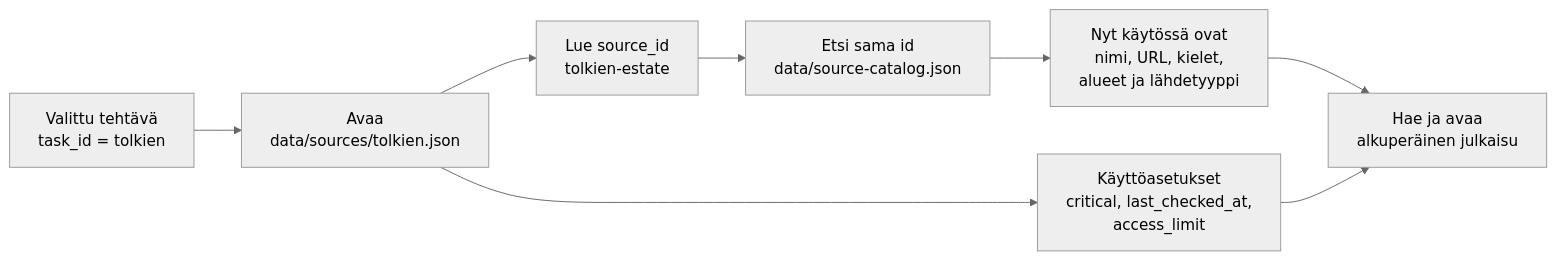
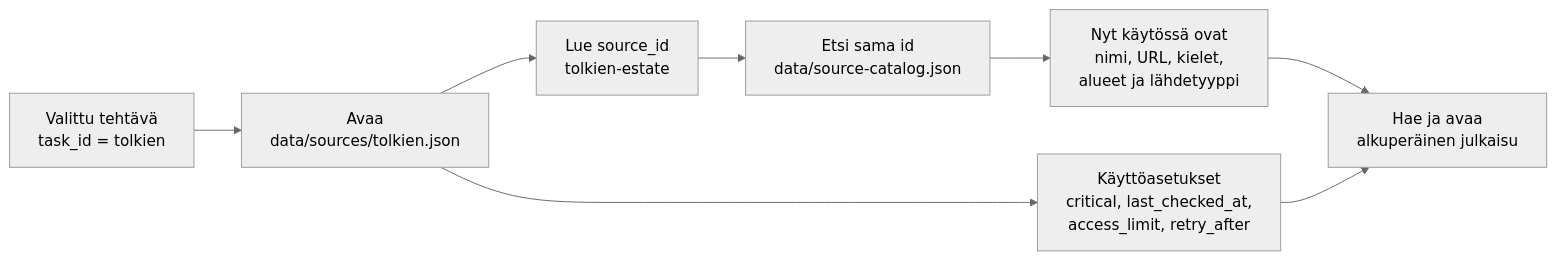
The second of 6 diagrams in docs/tietomallit-ja-prosessit.md (mikknikk/aiheseurain), drawn with Mermaid (neutral theme) before and after one commit. The commit also changed other lines of this file and 15 other files, not shown here.

````diff
--- a/docs/tietomallit-ja-prosessit.md
+++ b/docs/tietomallit-ja-prosessit.md
@@ -176,10 +179,10 @@
 ```mermaid
 flowchart LR
     T["Valittu tehtävä<br/>task_id = tolkien"] --> R["Avaa<br/>data/sources/tolkien.json"]
     R --> ID["Lue source_id<br/>tolkien-estate"]
     ID --> C["Etsi sama id<br/>data/source-catalog.json"]
     C --> INFO["Nyt käytössä ovat<br/>nimi, URL, kielet,<br/>alueet ja lähdetyyppi"]
-    R --> RULE["Käyttöasetukset<br/>critical, last_checked_at,<br/>access_limit"]
+    R --> RULE["Käyttöasetukset<br/>critical, last_checked_at,<br/>access_limit, retry_after"]
     INFO --> SEARCH["Hae ja avaa<br/>alkuperäinen julkaisu"]
     RULE --> SEARCH
 ```
````
